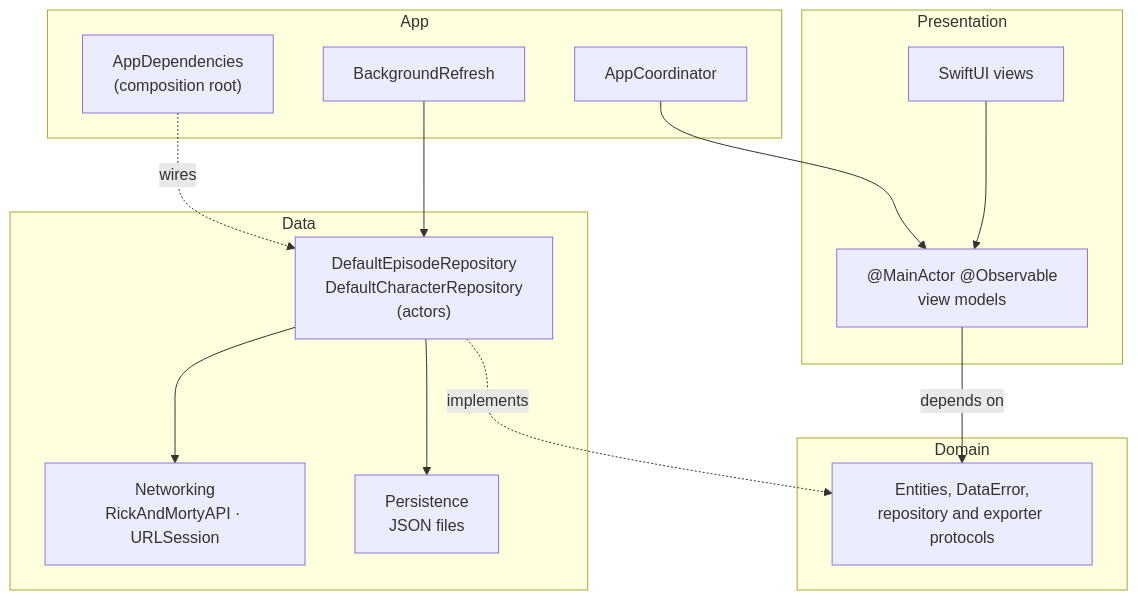
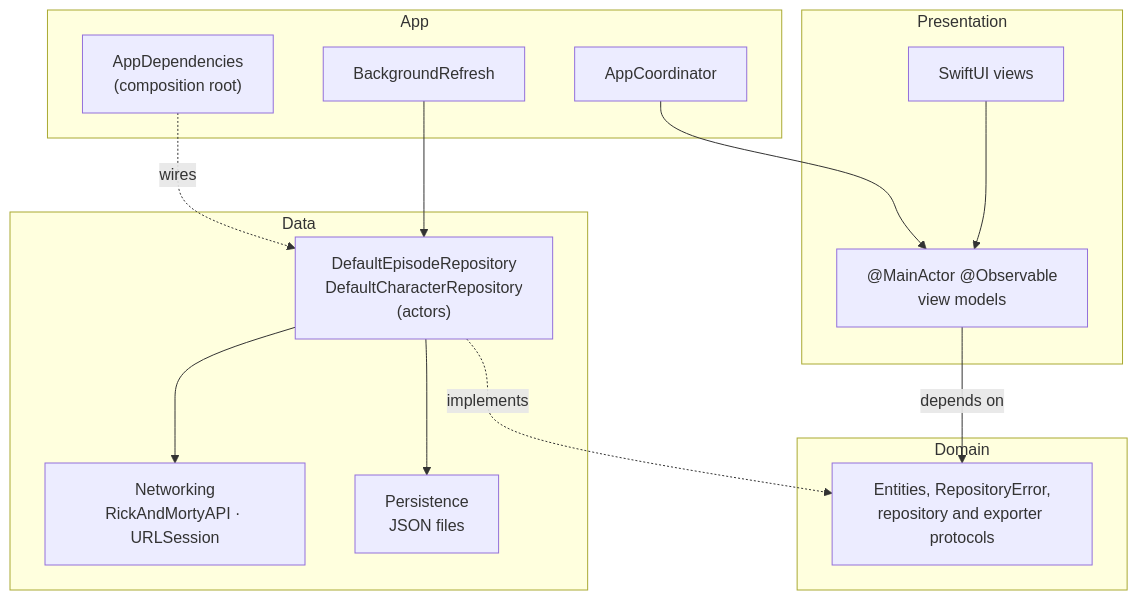
The diagram in README.md (felixinjapan/rick-and-morty-episodes), drawn with Mermaid before and after one commit. The commit also changed other lines of this file and 11 other files, not shown here.

Commit message:
refactor: rename DataError to RepositoryError

````diff
--- a/README.md
+++ b/README.md
@@ -41,27 +41,27 @@
 ```mermaid
 flowchart TD
     subgraph App
         Deps["AppDependencies<br/>(composition root)"]
         Coord[AppCoordinator]
         BG[BackgroundRefresh]
     end
     subgraph Presentation
         Views[SwiftUI views] --> VM["@MainActor @Observable<br/>view models"]
     end
     subgraph Domain
-        Proto["Entities, DataError,<br/>repository and exporter protocols"]
+        Proto["Entities, RepositoryError,<br/>repository and exporter protocols"]
     end
     subgraph Data
         Repos["DefaultEpisodeRepository<br/>DefaultCharacterRepository<br/>(actors)"]
         Net["Networking<br/>RickAndMortyAPI · URLSession"]
         Store["Persistence<br/>JSON files"]
     end
 
     Coord --> VM
     VM -->|depends on| Proto
     Repos -.->|implements| Proto
     Repos --> Net
     Repos --> Store
     BG --> Repos
     Deps -.->|wires| Repos
 ```
````
